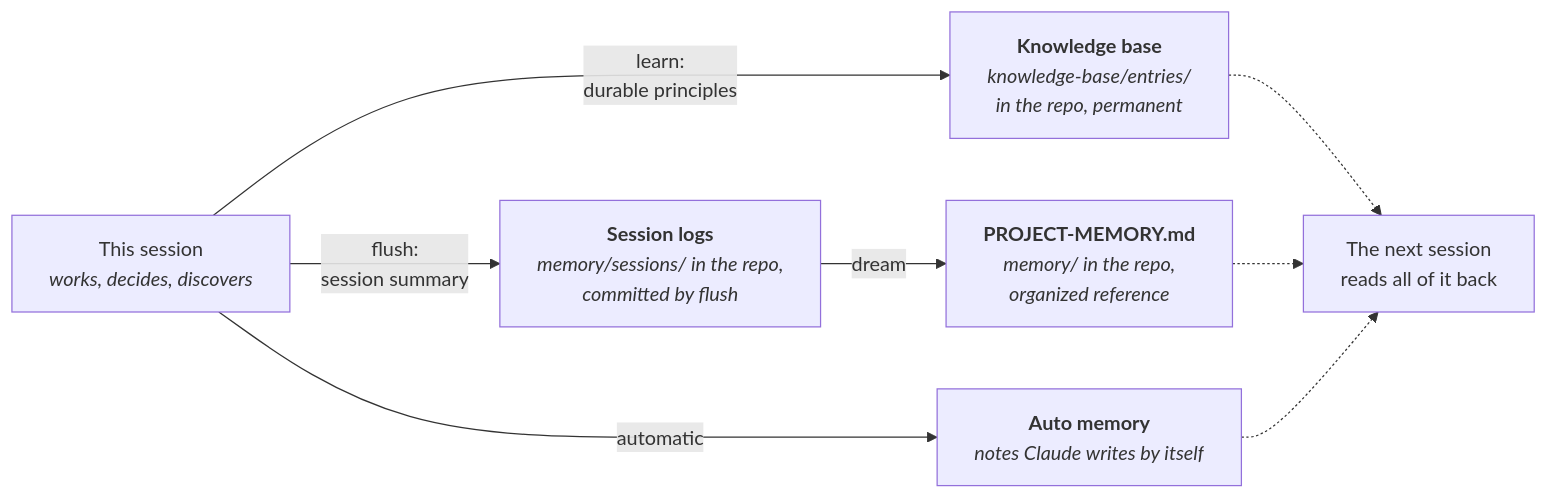
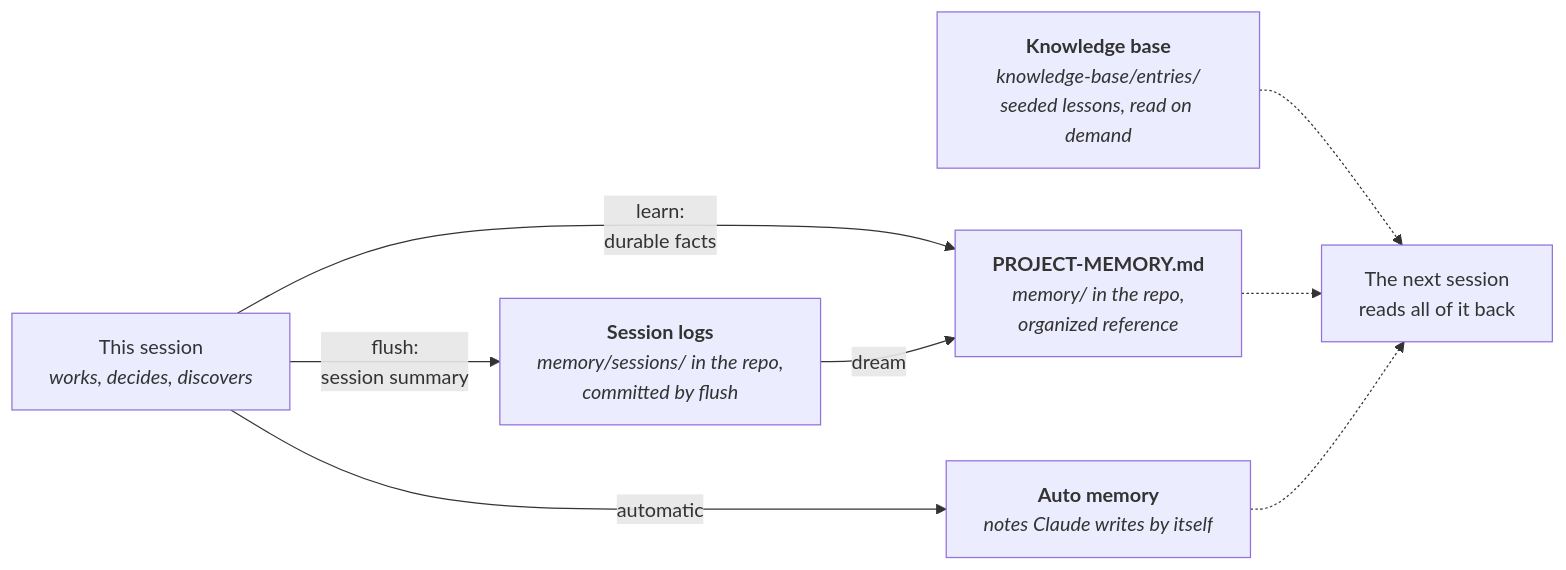
One commit to selawood-web/claude-code-generic-guide changed the fourth of 4 diagrams in SYSTEM-OVERVIEW.md. Above: the diagram before and after it, drawn with Mermaid. The commit also changed other lines of this file and 8 other files, not shown here.

````diff
--- a/SYSTEM-OVERVIEW.md
+++ b/SYSTEM-OVERVIEW.md
@@ -181,10 +182,11 @@
 ```mermaid
 flowchart LR
-    S["This session<br/><i>works, decides, discovers</i>"] -- "learn:<br/>durable principles" --> KB["<b>Knowledge base</b><br/><i>knowledge-base/entries/<br/>in the repo, permanent</i>"]
+    S["This session<br/><i>works, decides, discovers</i>"] -- "learn:<br/>durable facts" --> MM
+    KB["<b>Knowledge base</b><br/><i>knowledge-base/entries/<br/>seeded lessons, read on demand</i>"]
     S -- "flush:<br/>session summary" --> SL["<b>Session logs</b><br/><i>memory/sessions/ in the repo,<br/>committed by flush</i>"]
     S -- "automatic" --> AM["<b>Auto memory</b><br/><i>notes Claude writes by itself</i>"]
     SL -- "dream" --> MM["<b>PROJECT-MEMORY.md</b><br/><i>memory/ in the repo,<br/>organized reference</i>"]
     KB -.-> N["The next session<br/>reads all of it back"]
     MM -.-> N
     AM -.-> N
 ```
````
